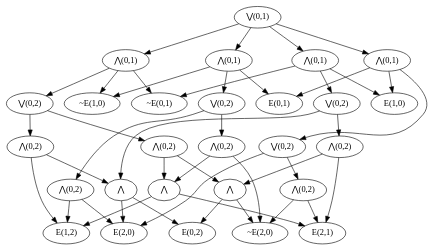
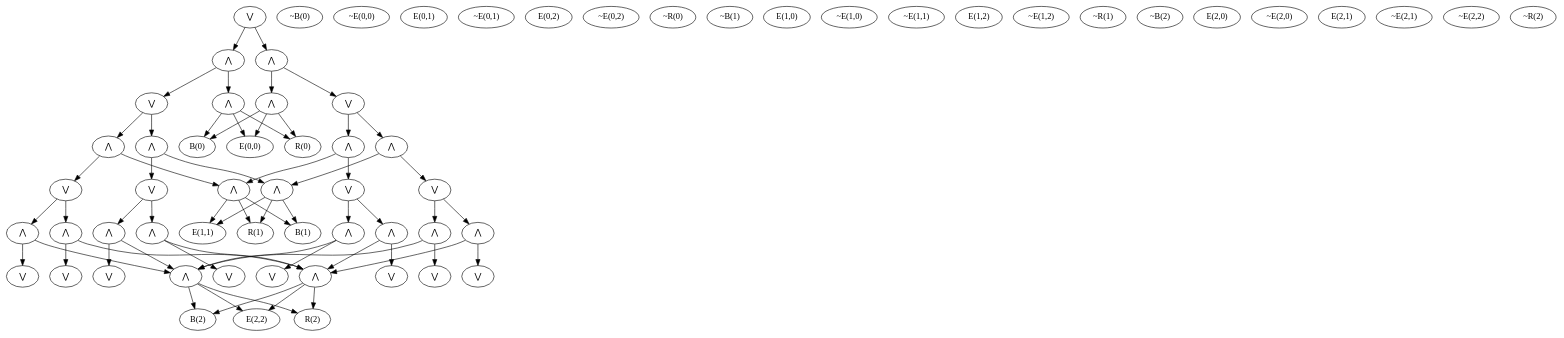
One commit to MengQiaolan/FO2_DNNF changed the diagram in dnnf.dot. Above: the diagram before and after it, drawn with Graphviz. The commit also changed 4 other files, not shown here.

```diff
--- a/dnnf.dot
+++ b/dnnf.dot
@@ -1,72 +1,128 @@
 strict digraph "" {
 	node [label="\N"];
-	0	[label="⋁(0,1)"];
-	10	[label="⋀(0,1)"];
-	0 -> 10;
-	17	[label="⋀(0,1)"];
-	0 -> 17;
-	21	[label="⋀(0,1)"];
-	0 -> 21;
-	24	[label="⋀(0,1)"];
-	0 -> 24;
-	1	[label="E(0,1)"];
-	2	[label="~E(0,1)"];
-	3	[label="E(1,0)"];
-	4	[label="~E(1,0)"];
-	5	[label="E(0,2)"];
-	6	[label="E(2,0)"];
-	7	[label="~E(2,0)"];
-	8	[label="E(1,2)"];
-	9	[label="E(2,1)"];
-	10 -> 2;
-	10 -> 4;
-	11	[label="⋁(0,2)"];
-	10 -> 11;
-	13	[label="⋀(0,2)"];
-	11 -> 13;
-	16	[label="⋀(0,2)"];
-	11 -> 16;
-	12	[label=⋀];
-	12 -> 5;
-	12 -> 7;
-	13 -> 12;
-	14	[label=⋀];
-	13 -> 14;
-	14 -> 8;
-	14 -> 9;
-	15	[label=⋀];
-	15 -> 5;
-	15 -> 6;
-	16 -> 8;
-	16 -> 15;
-	17 -> 1;
-	17 -> 4;
-	18	[label="⋁(0,2)"];
-	17 -> 18;
-	19	[label="⋀(0,2)"];
-	18 -> 19;
-	20	[label="⋀(0,2)"];
-	18 -> 20;
-	19 -> 7;
-	19 -> 14;
-	20 -> 6;
-	20 -> 8;
-	21 -> 2;
-	21 -> 3;
-	22	[label="⋁(0,2)"];
-	21 -> 22;
-	22 -> 15;
-	23	[label="⋀(0,2)"];
-	22 -> 23;
-	23 -> 9;
-	23 -> 12;
-	24 -> 1;
-	24 -> 3;
-	25	[label="⋁(0,2)"];
-	24 -> 25;
-	25 -> 6;
-	26	[label="⋀(0,2)"];
-	25 -> 26;
-	26 -> 7;
-	26 -> 9;
+	0	[label=⋁];
+	37	[label=⋀];
+	0 -> 37;
+	51	[label=⋀];
+	0 -> 51;
+	1	[label="B(0)"];
+	2	[label="~B(0)"];
+	3	[label="E(0,0)"];
+	4	[label="~E(0,0)"];
+	5	[label="E(0,1)"];
+	6	[label="~E(0,1)"];
+	7	[label="E(0,2)"];
+	8	[label="~E(0,2)"];
+	9	[label="R(0)"];
+	10	[label="~R(0)"];
+	11	[label="B(1)"];
+	12	[label="~B(1)"];
+	13	[label="E(1,0)"];
+	14	[label="~E(1,0)"];
+	15	[label="E(1,1)"];
+	16	[label="~E(1,1)"];
+	17	[label="E(1,2)"];
+	18	[label="~E(1,2)"];
+	19	[label="R(1)"];
+	20	[label="~R(1)"];
+	21	[label="B(2)"];
+	22	[label="~B(2)"];
+	23	[label="E(2,0)"];
+	24	[label="~E(2,0)"];
+	25	[label="E(2,1)"];
+	26	[label="~E(2,1)"];
+	27	[label="E(2,2)"];
+	28	[label="~E(2,2)"];
+	29	[label="R(2)"];
+	30	[label="~R(2)"];
+	31	[label=⋀];
+	31 -> 1;
+	31 -> 3;
+	31 -> 9;
+	32	[label=⋀];
+	32 -> 11;
+	32 -> 15;
+	32 -> 19;
+	33	[label=⋀];
+	33 -> 21;
+	33 -> 27;
+	33 -> 29;
+	34	[label=⋀];
+	34 -> 1;
+	34 -> 3;
+	34 -> 9;
+	35	[label=⋀];
+	35 -> 11;
+	35 -> 15;
+	35 -> 19;
+	36	[label=⋀];
+	36 -> 21;
+	36 -> 27;
+	36 -> 29;
+	37 -> 31;
+	38	[label=⋁];
+	37 -> 38;
+	39	[label=⋀];
+	38 -> 39;
+	45	[label=⋀];
+	38 -> 45;
+	39 -> 32;
+	40	[label=⋁];
+	39 -> 40;
+	41	[label=⋀];
+	40 -> 41;
+	43	[label=⋀];
+	40 -> 43;
+	41 -> 33;
+	42	[label=⋁];
+	41 -> 42;
+	43 -> 36;
+	44	[label=⋁];
+	43 -> 44;
+	45 -> 35;
+	46	[label=⋁];
+	45 -> 46;
+	47	[label=⋀];
+	46 -> 47;
+	49	[label=⋀];
+	46 -> 49;
+	47 -> 33;
+	48	[label=⋁];
+	47 -> 48;
+	49 -> 36;
+	50	[label=⋁];
+	49 -> 50;
+	51 -> 34;
+	52	[label=⋁];
+	51 -> 52;
+	53	[label=⋀];
+	52 -> 53;
+	59	[label=⋀];
+	52 -> 59;
+	53 -> 32;
+	54	[label=⋁];
+	53 -> 54;
+	55	[label=⋀];
+	54 -> 55;
+	57	[label=⋀];
+	54 -> 57;
+	55 -> 33;
+	56	[label=⋁];
+	55 -> 56;
+	57 -> 36;
+	58	[label=⋁];
+	57 -> 58;
+	59 -> 35;
+	60	[label=⋁];
+	59 -> 60;
+	61	[label=⋀];
+	60 -> 61;
+	63	[label=⋀];
+	60 -> 63;
+	61 -> 33;
+	62	[label=⋁];
+	61 -> 62;
+	63 -> 36;
+	64	[label=⋁];
+	63 -> 64;
 }
```
